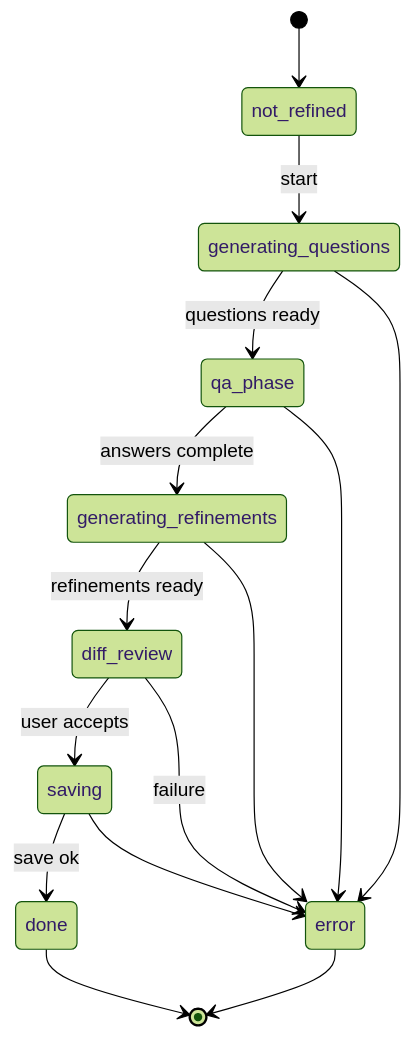
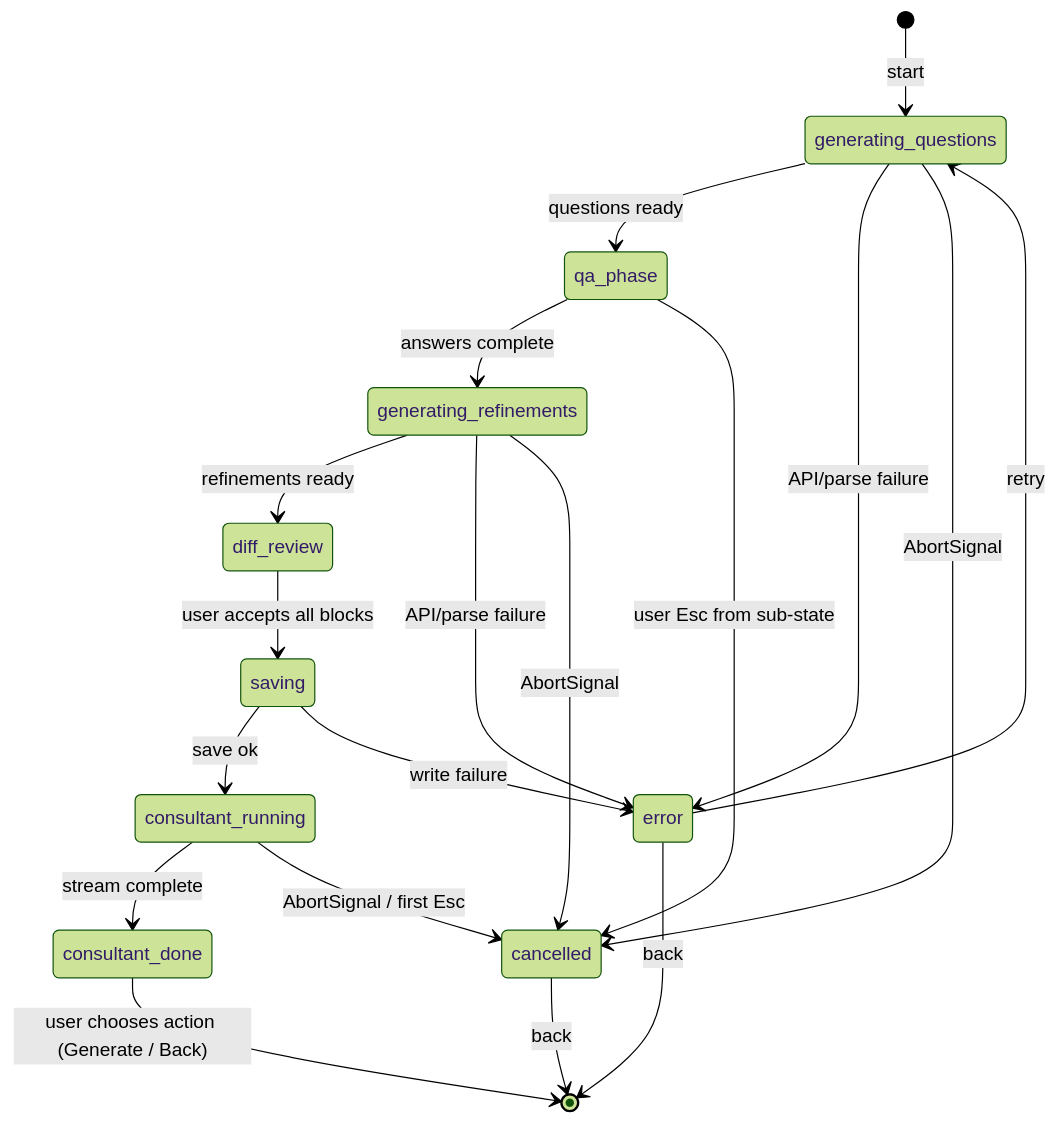
Before and after one commit to impressiver/suited: the first of 3 diagrams in specs/tui-state-machines.md, drawn with Mermaid (forest theme). The commit also changed other lines of this file and 8 other files, not shown here.

````diff
--- a/specs/tui-state-machines.md
+++ b/specs/tui-state-machines.md
@@ -7,17 +11,22 @@
 ```mermaid
 stateDiagram-v2
-  [*] --> not_refined
-  not_refined --> generating_questions : start
+  [*] --> generating_questions : start
   generating_questions --> qa_phase : questions ready
   qa_phase --> generating_refinements : answers complete
   generating_refinements --> diff_review : refinements ready
-  diff_review --> saving : user accepts
-  saving --> done : save ok
-  diff_review --> error : failure
-  generating_questions --> error
-  qa_phase --> error
-  generating_refinements --> error
-  saving --> error
-  error --> [*]
-  done --> [*]
+  diff_review --> saving : user accepts all blocks
+  saving --> consultant_running : save ok
+  consultant_running --> consultant_done : stream complete
+  consultant_done --> [*] : user chooses action (Generate / Back)
+
+  generating_questions --> error : API/parse failure
+  generating_questions --> cancelled : AbortSignal
+  qa_phase --> cancelled : user Esc from sub-state
+  generating_refinements --> error : API/parse failure
+  generating_refinements --> cancelled : AbortSignal
+  saving --> error : write failure
+  consultant_running --> cancelled : AbortSignal / first Esc
+  error --> generating_questions : retry
+  error --> [*] : back
+  cancelled --> [*] : back
 ```
````
